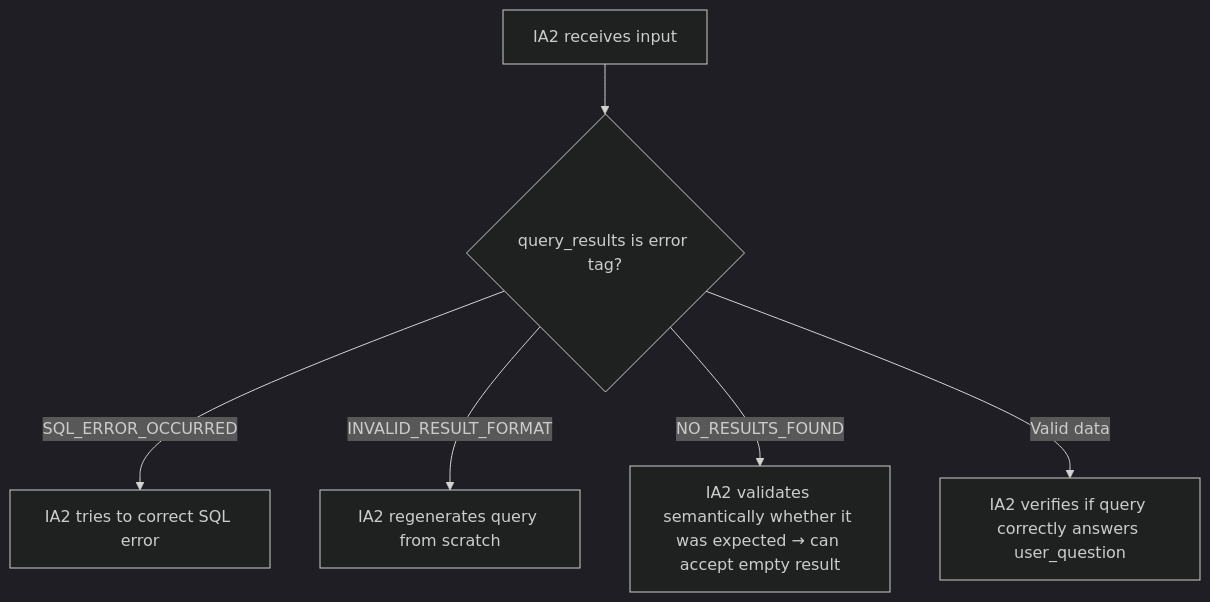
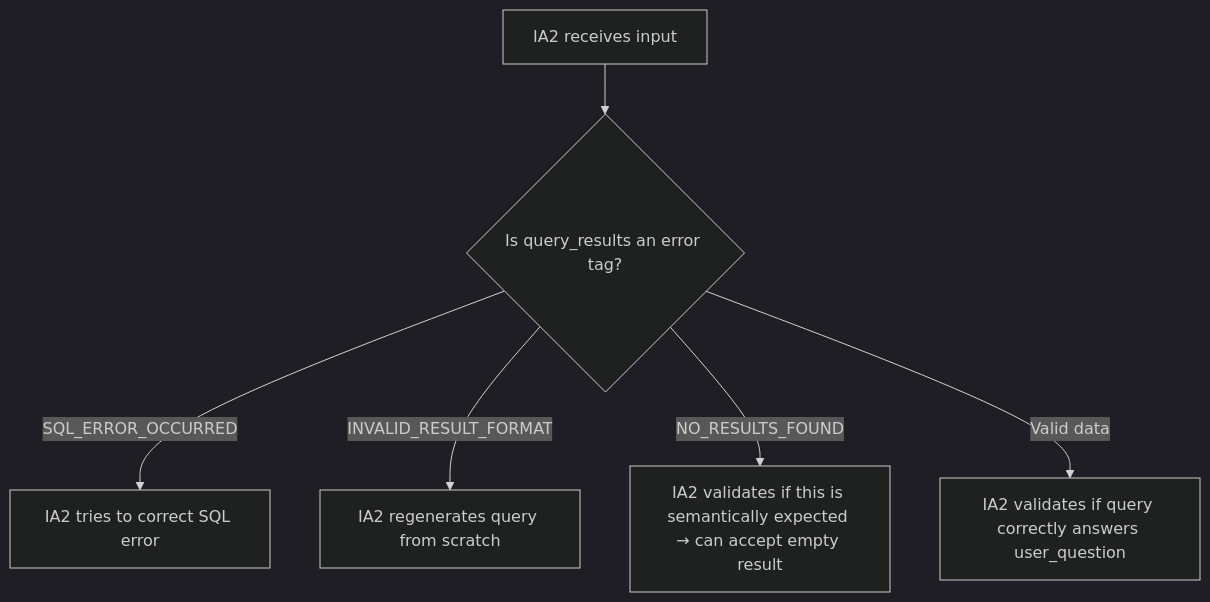
Before and after one commit to raphael-santosz/LangQueryGen: the third of 4 diagrams in README.md, drawn with Mermaid (dark theme). The commit also changed other lines of this file, not shown here.

````diff
--- a/README.md
+++ b/README.md
@@ -131,8 +139,8 @@
 ```mermaid
 flowchart TD
-    A[IA2 receives input] --> B{query_results is error tag?}
+    A[IA2 receives input] --> B{Is query_results an error tag?}
     B -->|SQL_ERROR_OCCURRED| C[IA2 tries to correct SQL error]
     B -->|INVALID_RESULT_FORMAT| D[IA2 regenerates query from scratch]
-    B -->|NO_RESULTS_FOUND| E[IA2 validates semantically whether it was expected → can accept empty result]
-    B -->|Valid data| F[IA2 verifies if query correctly answers user_question]
+    B -->|NO_RESULTS_FOUND| E[IA2 validates if this is semantically expected → can accept empty result]
+    B -->|Valid data| F[IA2 validates if query correctly answers user_question]
 ```
````
